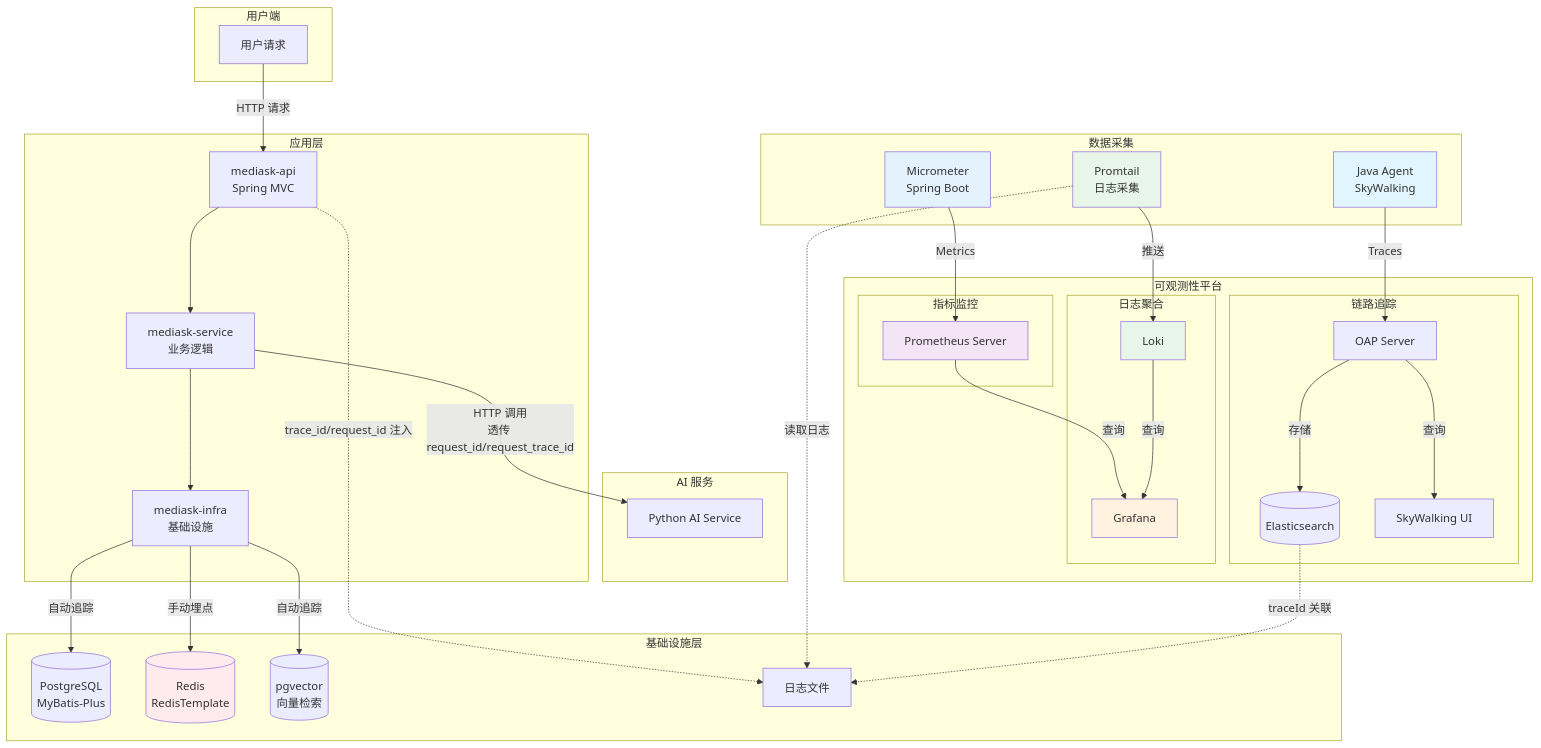
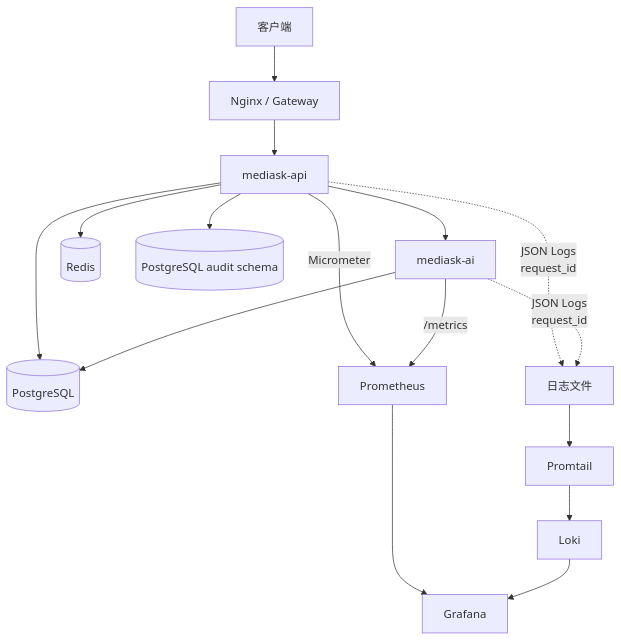
The first of 3 diagrams in docs/17-OBSERVABILITY.md (JianwenShaw/MediAskDocs), drawn with Mermaid before and after one commit. The commit also changed other lines of this file and 31 other files, not shown here.

Commit message:
feat: architecture refactor

````diff
--- a/docs/17-OBSERVABILITY.md
+++ b/docs/17-OBSERVABILITY.md
@@ -516,77 +473,21 @@
 ```mermaid
-graph TB
-    subgraph 用户端
-        U[用户请求]
-    end
+flowchart TB
+    Client[客户端] --> Nginx[Nginx / Gateway]
+    Nginx --> API[mediask-api]
+    API --> AI[mediask-ai]
+    API --> PG[(PostgreSQL)]
+    API --> Redis[(Redis)]
+    AI --> PG
 
-    subgraph 应用层
-        A[mediask-api<br/>Spring MVC]
-        S[mediask-service<br/>业务逻辑]
-        I[mediask-infra<br/>基础设施]
-    end
+    API -.->|JSON Logs<br/>request_id| LogFile[日志文件]
+    AI -.->|JSON Logs<br/>request_id| LogFile
+    LogFile --> Promtail[Promtail]
+    Promtail --> Loki[Loki]
 
-    subgraph AI 服务
-        PY[Python AI Service]
-    end
+    API -->|Micrometer| Prometheus[Prometheus]
+    AI -->|/metrics| Prometheus
+    Prometheus --> Grafana[Grafana]
+    Loki --> Grafana
 
-    subgraph 基础设施层
-        DB[(PostgreSQL<br/>MyBatis-Plus)]
-        R[(Redis<br/>RedisTemplate)]
-        V[(pgvector<br/>向量检索)]
-        Log[日志文件]
-    end
-
-    subgraph 数据采集
-        SW_Agent[Java Agent<br/>SkyWalking]
-        Micrometer[Micrometer<br/>Spring Boot]
-        Promtail[Promtail<br/>日志采集]
-    end
-
-    subgraph 可观测性平台
-        subgraph 链路追踪
-            OAP[OAP Server]
-            ES[(Elasticsearch)]
-            SW_UI[SkyWalking UI]
-        end
-
-        subgraph 指标监控
-            Prometheus[Prometheus Server]
-        end
-
-        subgraph 日志聚合
-            Loki[Loki]
-            Grafana[Grafana]
-        end
-    end
-
-    U -->|"HTTP 请求"| A
-    A --> S
-    S --> I
-    S -->|"HTTP 调用<br/>透传 request_id/request_trace_id"| PY
-
-    I -->|"自动追踪"| DB
-    I -->|"手动埋点"| R
-    I -->|"自动追踪"| V
-
-    A -.->|"trace_id/request_id 注入"| Log
-
-    SW_Agent -->|"Traces"| OAP
-    Micrometer -->|"Metrics"| Prometheus
-    Promtail -.->|"读取日志"| Log
-
-    OAP -->|"存储"| ES
-    OAP -->|"查询"| SW_UI
-    Prometheus -->|"查询"| Grafana
-    Promtail -->|"推送"| Loki
-    Loki -->|"查询"| Grafana
-
-    ES -.->|"traceId 关联"| Log
-
-    style SW_Agent fill:#e1f5fe
-    style Micrometer fill:#e3f2fd
-    style Prometheus fill:#f3e5f5
-    style Grafana fill:#fff3e0
-    style R fill:#ffebee
-    style Loki fill:#e8f5e9
-    style Promtail fill:#e8f5e9
+    API --> Audit[(PostgreSQL audit schema)]
 ```
````
